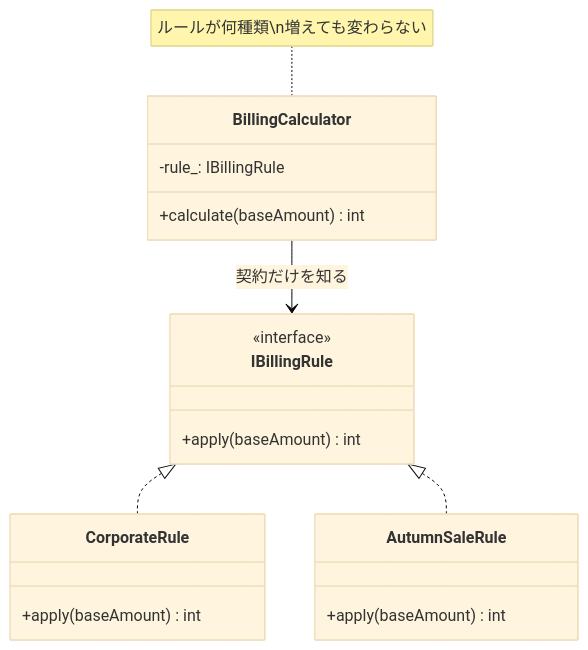
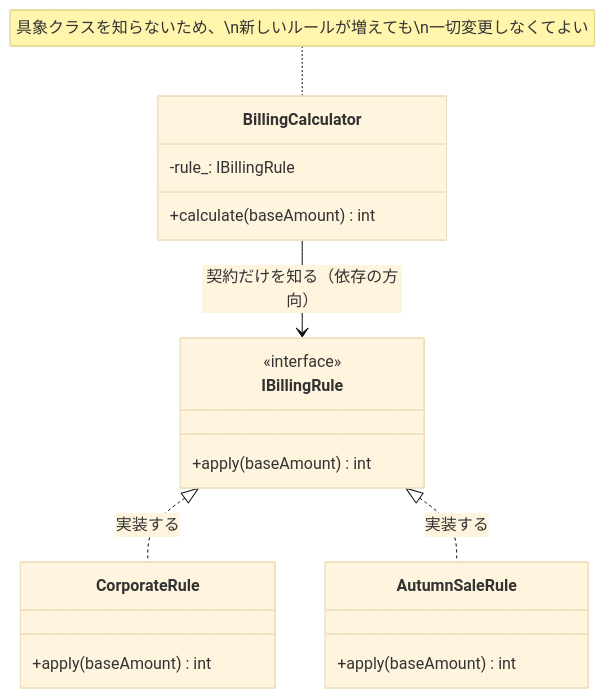
One commit to kumachan1101-pixel/DesignPattern changed the fourth of 6 diagrams in kindle/design-patterns/output/chapter01.md. Above: the diagram before and after it, drawn with Mermaid (base theme). The commit also changed other lines of this file and 2 other files, not shown here.

````diff
--- a/kindle/design-patterns/output/chapter01.md
+++ b/kindle/design-patterns/output/chapter01.md
@@ -550,23 +530,23 @@
 ```mermaid
 classDiagram
     class BillingCalculator {
         -rule_: IBillingRule
         +calculate(baseAmount) int
     }
     class IBillingRule {
         <<interface>>
         +apply(baseAmount) int
     }
     class CorporateRule {
         +apply(baseAmount) int
     }
     class AutumnSaleRule {
         +apply(baseAmount) int
     }
 
-    BillingCalculator --> IBillingRule : 契約だけを知る
-    IBillingRule <|.. CorporateRule
-    IBillingRule <|.. AutumnSaleRule
+    BillingCalculator --> IBillingRule : 契約だけを知る（依存の方向）
+    IBillingRule <|.. CorporateRule : 実装する
+    IBillingRule <|.. AutumnSaleRule : 実装する
 
-    note for BillingCalculator "ルールが何種類\n増えても変わらない"
+    note for BillingCalculator "具象クラスを知らないため、\n新しいルールが増えても\n一切変更しなくてよい"
 ```
````
